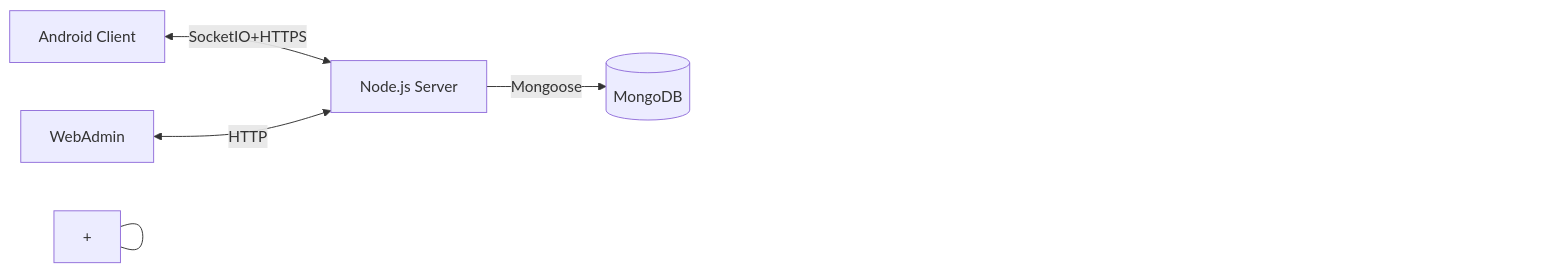
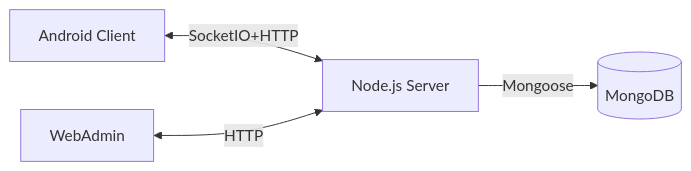
The diagram in README.md (phu142857/chatappJava-NodejsServer), drawn with Mermaid before and after one commit.

````diff
--- a/README.md
+++ b/README.md
@@ -63,9 +63,8 @@
 ```mermaid
 
 flowchart LR
-  A[Android Client] <-->|SocketIO+HTTPS| B[Node.js Server]
+  A[Android Client] <-->|SocketIO+HTTP| B[Node.js Server]
   C[WebAdmin] <-->|HTTP| B
   B -->|Mongoose| D[(MongoDB)]
-                +-----------------+
 
 ```
````
